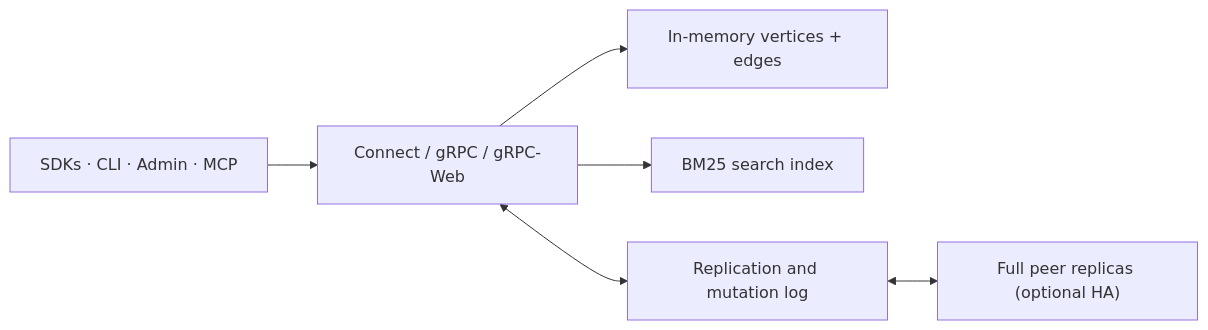
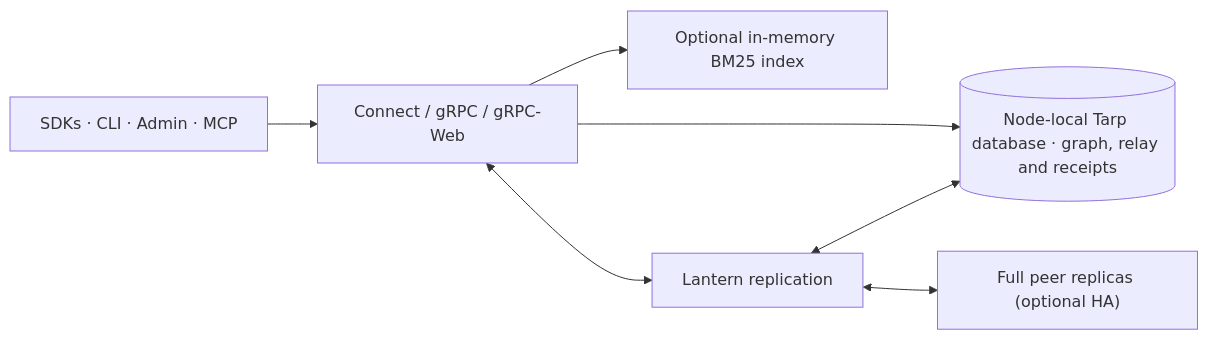
Before and after one commit to anaregdesign/lantern: the second of 2 diagrams in README.md, drawn with Mermaid. The commit also changed other lines of this file and 343 other files, not shown here.

First line of the commit message:
feat(storage): persist graph and replication in Tarp and schedule key-ordered compaction (#2252)

````diff
--- a/README.md
+++ b/README.md
@@ -479,8 +497,9 @@
 ```mermaid
 flowchart LR
     C["SDKs · CLI · Admin · MCP"] --> S["Connect / gRPC / gRPC-Web"]
-    S --> G["In-memory vertices + edges"]
-    S --> I["BM25 search index"]
-    S <--> R["Replication and mutation log"]
+    S --> G[("Node-local Tarp database · graph, relay and receipts")]
+    S --> I["Optional in-memory BM25 index"]
+    S <--> R["Lantern replication"]
+    R <--> G
     R <--> P["Full peer replicas (optional HA)"]
 ```
````
